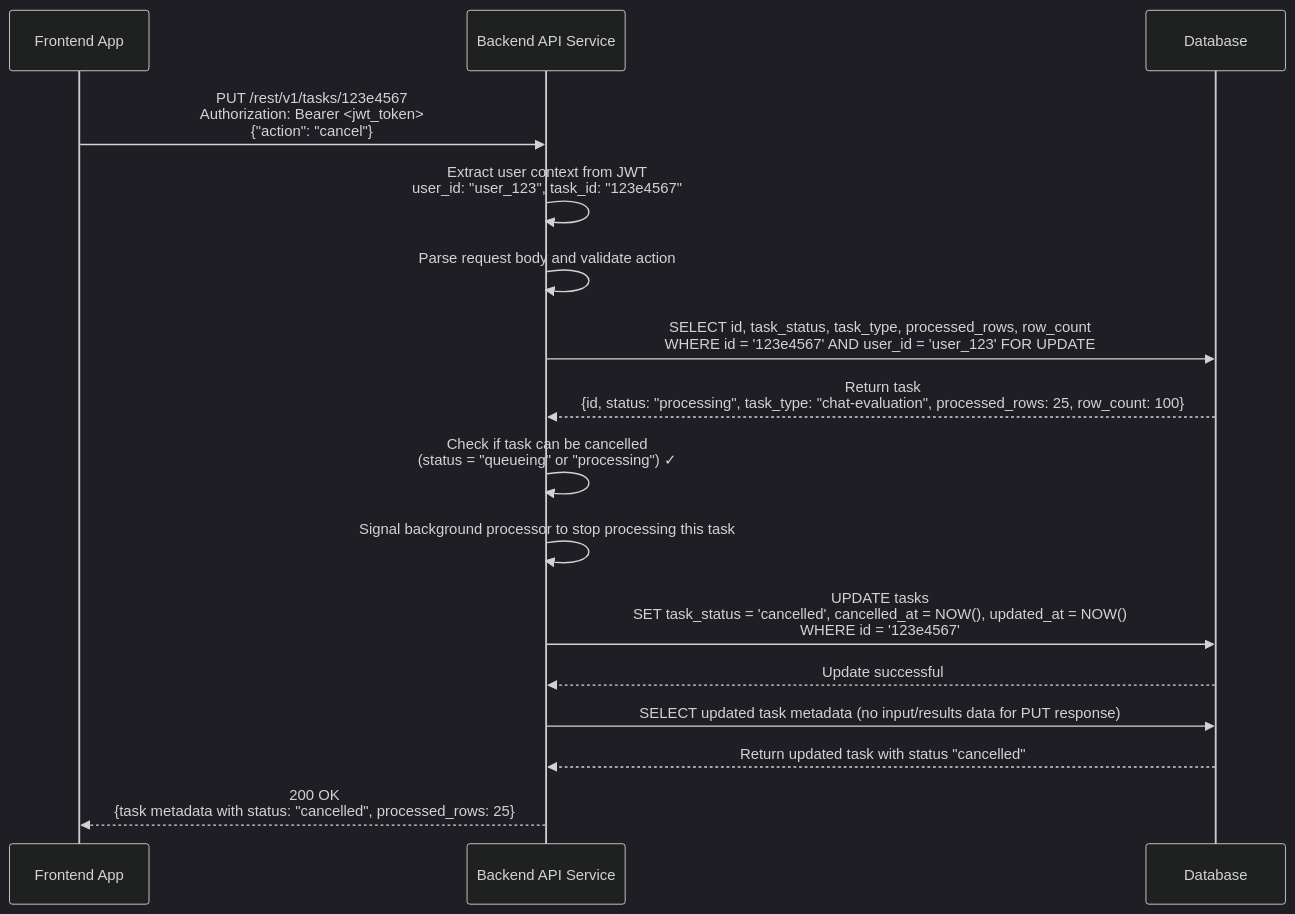
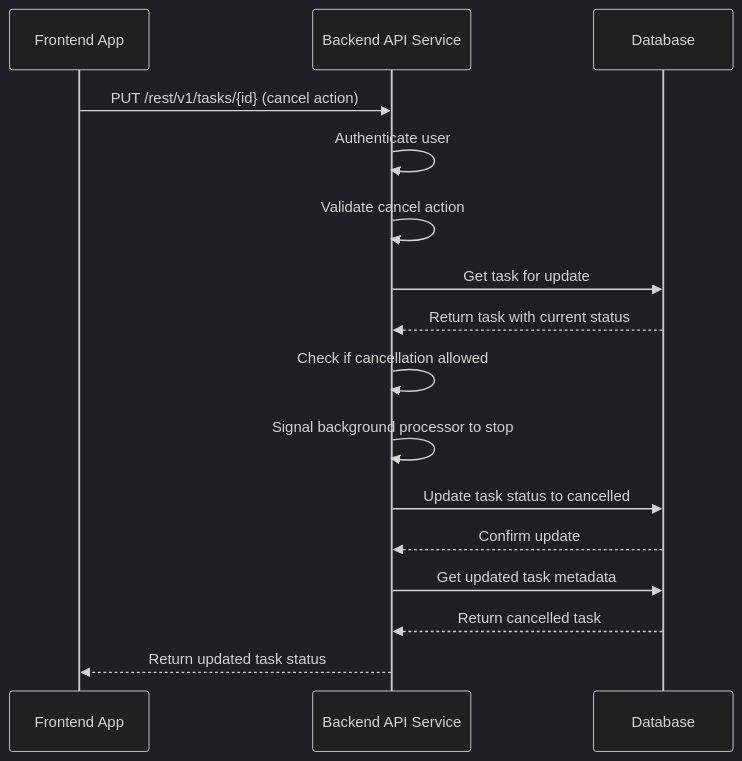
One commit to andrewhzy/SpringHttpClientDataJpaDemo changed the seventh of 9 diagrams in docs/sequence-diagrams-api-handling.md. Above: the diagram before and after it, drawn with Mermaid (dark theme). The commit also changed other lines of this file and 2 other files, not shown here.

Commit message:
Update API specification to reflect new maximum rows per sheet limit and enhance README with backend Java classes flow, clarifying component responsibilities for Excel file uploads and task management.

````diff
--- a/docs/sequence-diagrams-api-handling.md
+++ b/docs/sequence-diagrams-api-handling.md
@@ -188,24 +166,24 @@
 ```mermaid
 sequenceDiagram
     participant FE as Frontend App
     participant API as Backend API Service
     participant DB as Database
     
-    FE->>API: PUT /rest/v1/tasks/123e4567<br/>Authorization: Bearer <jwt_token><br/>{"action": "cancel"}
-    API->>API: Extract user context from JWT<br/>user_id: "user_123", task_id: "123e4567"
-    API->>API: Parse request body and validate action
+    FE->>API: PUT /rest/v1/tasks/{id} (cancel action)
+    API->>API: Authenticate user
+    API->>API: Validate cancel action
     
-    API->>DB: SELECT id, task_status, task_type, processed_rows, row_count<br/>WHERE id = '123e4567' AND user_id = 'user_123' FOR UPDATE
-    DB-->>API: Return task<br/>{id, status: "processing", task_type: "chat-evaluation", processed_rows: 25, row_count: 100}
+    API->>DB: Get task for update
+    DB-->>API: Return task with current status
     
-    API->>API: Check if task can be cancelled<br/>(status = "queueing" or "processing") ✓
-    API->>API: Signal background processor to stop processing this task
+    API->>API: Check if cancellation allowed
+    API->>API: Signal background processor to stop
     
-    API->>DB: UPDATE tasks<br/>SET task_status = 'cancelled', cancelled_at = NOW(), updated_at = NOW()<br/>WHERE id = '123e4567'
-    DB-->>API: Update successful
+    API->>DB: Update task status to cancelled
+    DB-->>API: Confirm update
     
-    API->>DB: SELECT updated task metadata (no input/results data for PUT response)
-    DB-->>API: Return updated task with status "cancelled"
+    API->>DB: Get updated task metadata
+    DB-->>API: Return cancelled task
     
-    API-->>FE: 200 OK<br/>{task metadata with status: "cancelled", processed_rows: 25}
+    API-->>FE: Return updated task status
 ```
````
